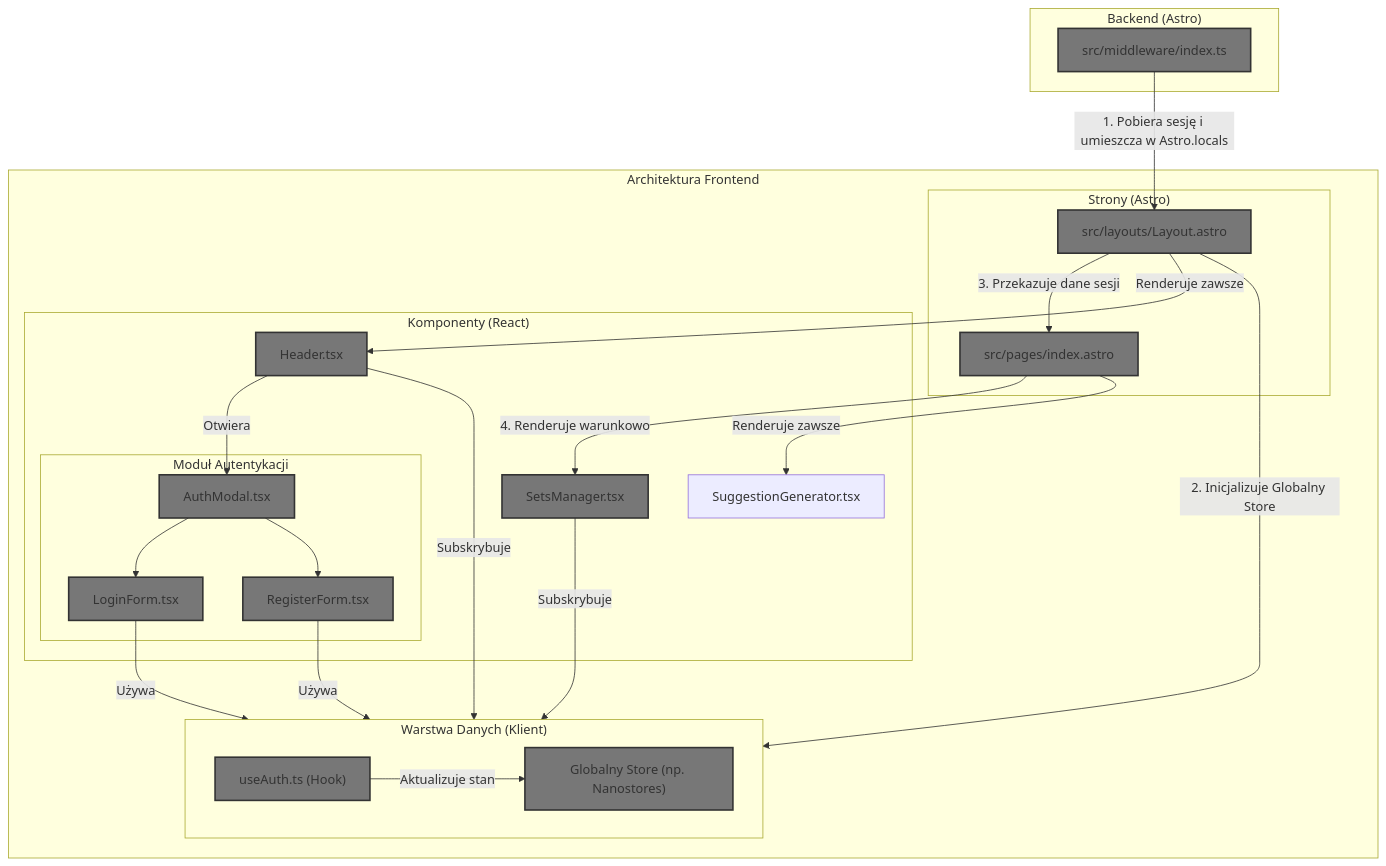
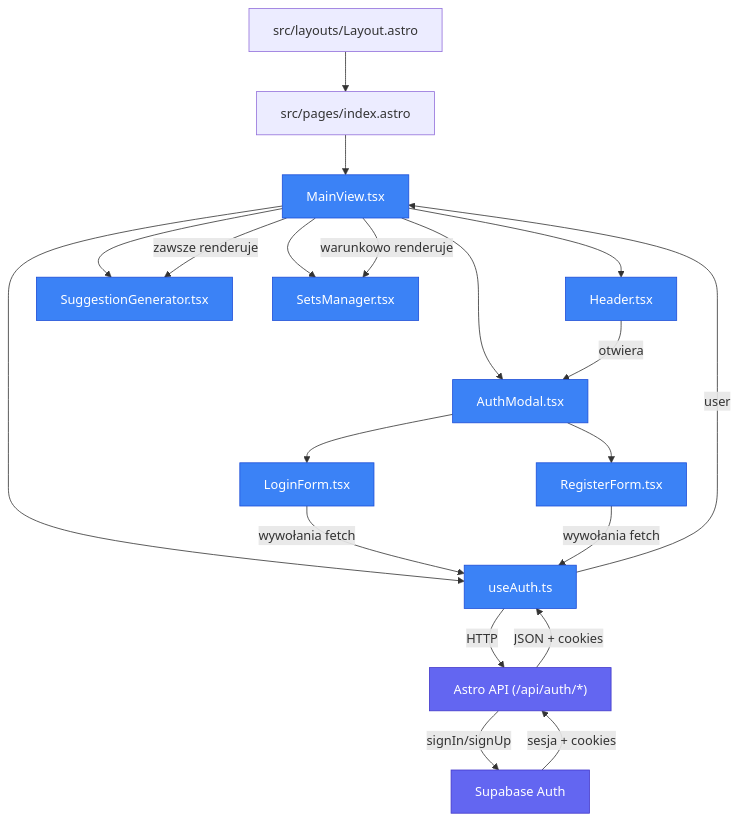
Before and after one commit to kkempa-fp/10x-hymns: the diagram in .ai/diagrams/ui.md, drawn with Mermaid. The commit also changed 25 other files, not shown here.

````diff
--- a/.ai/diagrams/ui.md
+++ b/.ai/diagrams/ui.md
@@ -1,51 +1,37 @@
 ```mermaid
 flowchart TD
-    classDef updated fill:#777,stroke:#333,stroke-width:2px;
+    classDef client fill:#3b82f6,stroke:#1d4ed8,stroke-width:1px,color:#fff;
+    classDef server fill:#6366f1,stroke:#4338ca,stroke-width:1px,color:#fff;
 
-    subgraph "Backend (Astro)"
-        Middleware["src/middleware/index.ts"]:::updated
-    end
+    Layout["src/layouts/Layout.astro"]
+    IndexPage["src/pages/index.astro"]
+    MainView["MainView.tsx"]:::client
+    UseAuth["useAuth.ts"]:::client
+    Header["Header.tsx"]:::client
+    Generator["SuggestionGenerator.tsx"]:::client
+    SetsManager["SetsManager.tsx"]:::client
+    AuthModal["AuthModal.tsx"]:::client
+    LoginForm["LoginForm.tsx"]:::client
+    RegisterForm["RegisterForm.tsx"]:::client
+    AuthAPI["Astro API (/api/auth/*)"]:::server
+    Supabase["Supabase Auth"]:::server
 
-    subgraph "Architektura Frontend"
-        subgraph "Warstwa Danych (Klient)"
-            direction LR
-            GlobalStore["Globalny Store (np. Nanostores)"]:::updated
-            AuthHook["useAuth.ts (Hook)"]:::updated
-        end
-
-        subgraph "Strony (Astro)"
-            Layout["src/layouts/Layout.astro"]:::updated
-            IndexPage["src/pages/index.astro"]:::updated
-        end
-
-        subgraph "Komponenty (React)"
-            Header["Header.tsx"]:::updated
-            SuggestionGenerator["SuggestionGenerator.tsx"]
-            SetsManager["SetsManager.tsx"]:::updated
-
-            subgraph "Moduł Autentykacji"
-                AuthModal["AuthModal.tsx"]:::updated
-                LoginForm["LoginForm.tsx"]:::updated
-                RegisterForm["RegisterForm.tsx"]:::updated
-            end
-        end
-    end
-
-    Middleware -- "1. Pobiera sesję i umieszcza w Astro.locals" --> Layout
-    Layout -- "2. Inicjalizuje Globalny Store" --> GlobalStore
-    Layout -- "3. Przekazuje dane sesji" --> IndexPage
-    IndexPage -- "4. Renderuje warunkowo" --> SetsManager
-    IndexPage -- "Renderuje zawsze" --> SuggestionGenerator
-    Layout -- "Renderuje zawsze" --> Header
-
-    Header -- "Subskrybuje" --> GlobalStore
-    SetsManager -- "Subskrybuje" --> GlobalStore
-
-    Header -- "Otwiera" --> AuthModal
+    Layout --> IndexPage --> MainView
+    MainView --> Header
+    MainView --> Generator
+    MainView --> SetsManager
+    MainView --> AuthModal
+    MainView --> UseAuth
+    Header -- otwiera --> AuthModal
     AuthModal --> LoginForm
     AuthModal --> RegisterForm
-
-    LoginForm -- "Używa" --> AuthHook
-    RegisterForm -- "Używa" --> AuthHook
-    AuthHook -- "Aktualizuje stan" --> GlobalStore
+    LoginForm -- wywołania fetch --> UseAuth
+    RegisterForm -- wywołania fetch --> UseAuth
+    UseAuth -- HTTP --> AuthAPI
+    AuthAPI -- signIn/signUp --> Supabase
+    Supabase -- sesja + cookies --> AuthAPI
+    AuthAPI -- JSON + cookies --> UseAuth
+    UseAuth -- user --> MainView
+    MainView -- warunkowo renderuje --> SetsManager
+    MainView -- zawsze renderuje --> Generator
 ```
````
